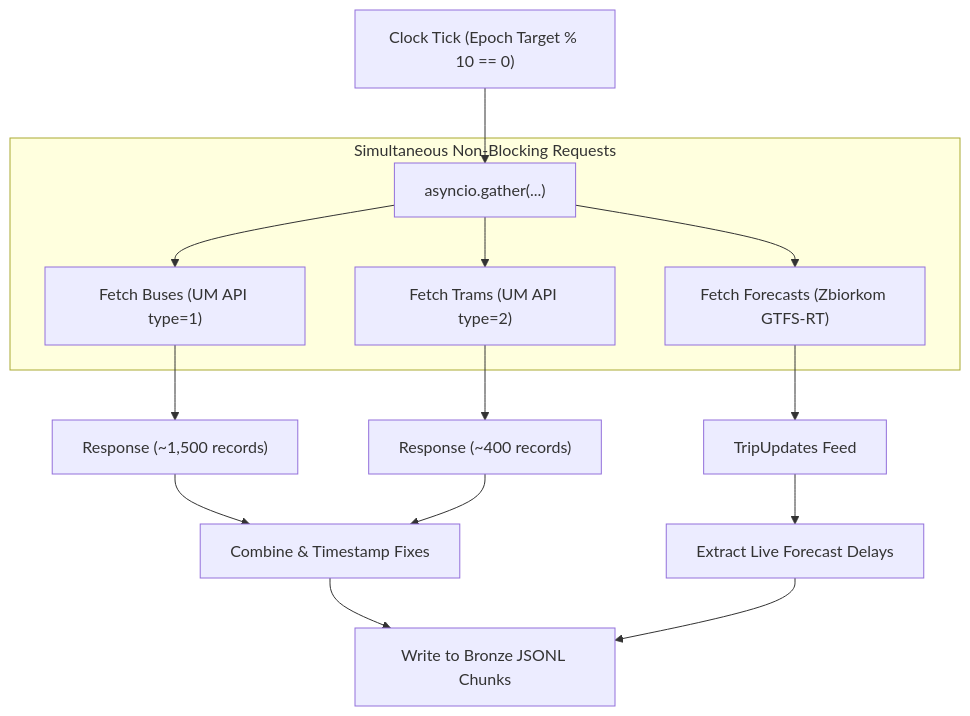
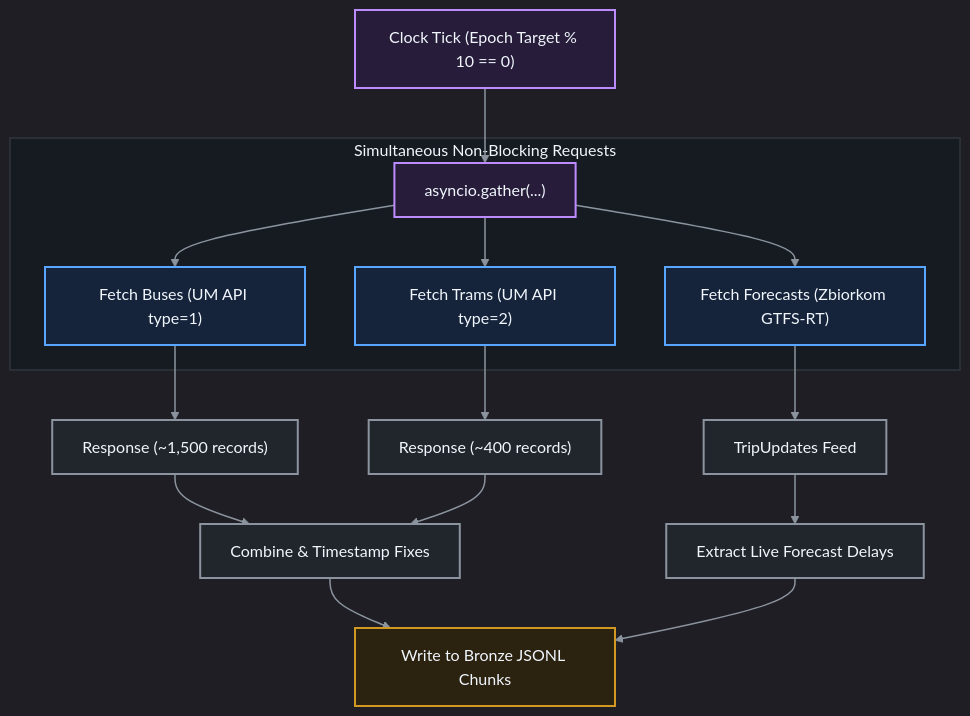
The second of 3 diagrams in architect/historian_pipeline/synchronization_protocol.md (giangh14cqt/warsaw-public-transport-monitor), drawn with Mermaid before and after one commit. The commit also changed other lines of this file and 9 other files, not shown here.

First line of the commit message:
style(architect): optimize all Mermaid diagrams for GitHub dark theme readability

````diff
--- a/architect/historian_pipeline/synchronization_protocol.md
+++ b/architect/historian_pipeline/synchronization_protocol.md
@@ -44,21 +59,53 @@
 ```mermaid
+%%{init: {
+  'theme': 'dark',
+  'themeVariables': {
+    'darkMode': true,
+    'background': '#0d1117',
+    'mainBkg': '#161b22',
+    'primaryColor': '#1f2937',
+    'primaryTextColor': '#f0f6fc',
+    'primaryBorderColor': '#58a6ff',
+    'lineColor': '#8b949e',
+    'secondaryColor': '#161b22',
+    'tertiaryColor': '#21262d',
+    'clusterBkg': '#161b22',
+    'clusterBorder': '#30363d',
+    'edgeLabelBackground': '#161b22'
+  }
+}}%%
 flowchart TD
     Tick["Clock Tick (Epoch Target % 10 == 0)"] --> TaskGroup["asyncio.gather(...)"]
     
     subgraph ConcurrentFetch ["Simultaneous Non-Blocking Requests"]
         TaskGroup --> BusFetch["Fetch Buses (UM API type=1)"]
         TaskGroup --> TramFetch["Fetch Trams (UM API type=2)"]
         TaskGroup --> ZbkFetch["Fetch Forecasts (Zbiorkom GTFS-RT)"]
     end
 
     BusFetch --> RespBus["Response (~1,500 records)"]
     TramFetch --> RespTram["Response (~400 records)"]
     ZbkFetch --> RespZbk["TripUpdates Feed"]
 
     RespBus --> BatchCollector["Combine & Timestamp Fixes"]
     RespTram --> BatchCollector
     RespZbk --> ZbkCollector["Extract Live Forecast Delays"]
 
     BatchCollector --> LocalBronze["Write to Bronze JSONL Chunks"]
     ZbkCollector --> LocalBronze
+
+    %% Subgraph & Node Styling
+    style ConcurrentFetch fill:#161b22,stroke:#30363d,stroke-width:1.5px,color:#f0f6fc
+
+    classDef tickNode fill:#271d3b,stroke:#bc8cff,stroke-width:2px,color:#f0f6fc;
+    classDef fetchNode fill:#16243b,stroke:#58a6ff,stroke-width:2px,color:#f0f6fc;
+    classDef respNode fill:#21262d,stroke:#8b949e,stroke-width:2px,color:#f0f6fc;
+    classDef storeNode fill:#2c2210,stroke:#d29922,stroke-width:2px,color:#f0f6fc;
+
+    linkStyle default stroke:#8b949e,stroke-width:1.5px;
+
+    class Tick,TaskGroup tickNode;
+    class BusFetch,TramFetch,ZbkFetch fetchNode;
+    class RespBus,RespTram,RespZbk,BatchCollector,ZbkCollector respNode;
+    class LocalBronze storeNode;
 ```
````
